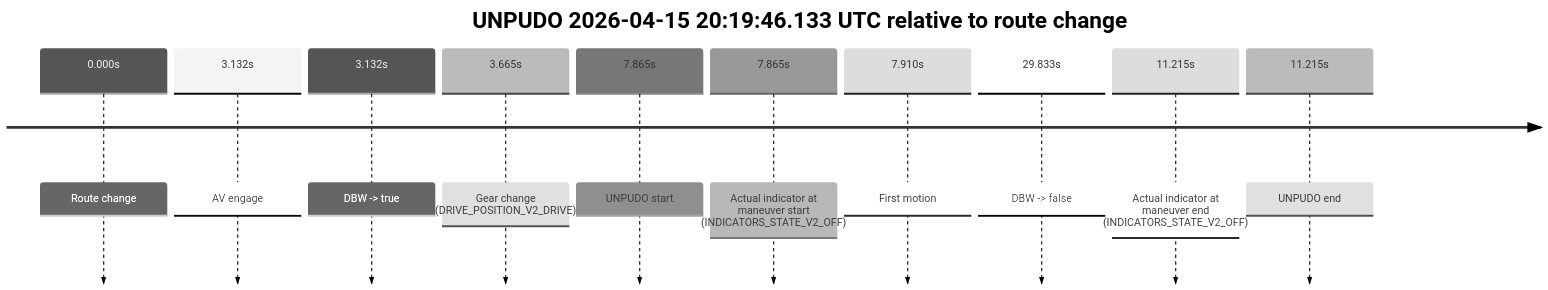
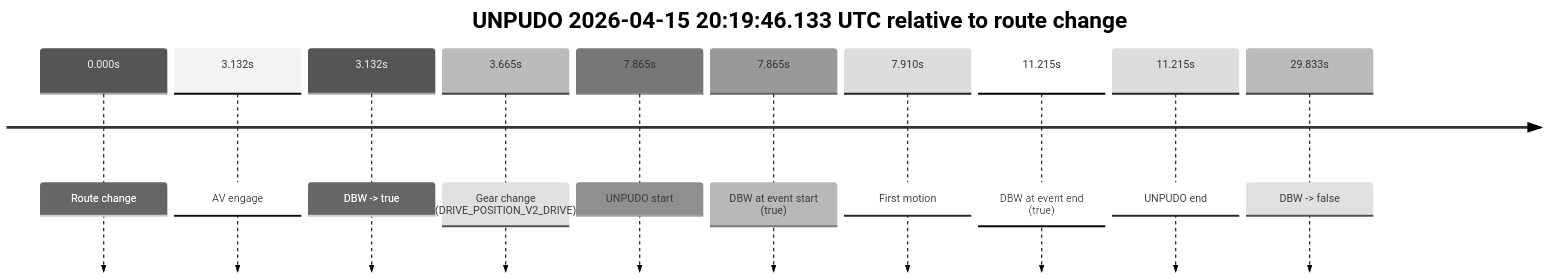
The fourth of 4 diagrams in model_analysis/report_cards/2026/04/Week-3/fme10010--2026-04-15--19-10-20--gen2-av-cd9496c5-ad6e-4dc5-a227-8d9a06b3e089.md (yoelshapiro/vault), drawn with Mermaid (neutral theme) before and after one commit. The commit also changed other lines of this file and 32 other files, not shown here.

````diff
--- a/model_analysis/report_cards/2026/04/Week-3/fme10010--2026-04-15--19-10-20--gen2-av-cd9496c5-ad6e-4dc5-a227-8d9a06b3e089.md
+++ b/model_analysis/report_cards/2026/04/Week-3/fme10010--2026-04-15--19-10-20--gen2-av-cd9496c5-ad6e-4dc5-a227-8d9a06b3e089.md
@@ -983,14 +340,14 @@
 ```mermaid
 timeline
     title UNPUDO 2026-04-15 20:19:46.133 UTC relative to route change
     0.000s : Route change
     3.132s : AV engage
     3.132s : DBW -> true
     3.665s : Gear change (DRIVE_POSITION_V2_DRIVE)
     7.865s : UNPUDO start
-    7.865s : Actual indicator at maneuver start (INDICATORS_STATE_V2_OFF)
+    7.865s : DBW at event start (true)
     7.910s : First motion
+    11.215s : DBW at event end (true)
+    11.215s : UNPUDO end
     29.833s : DBW -> false
-    11.215s : Actual indicator at maneuver end (INDICATORS_STATE_V2_OFF)
-    11.215s : UNPUDO end
 ```
````
